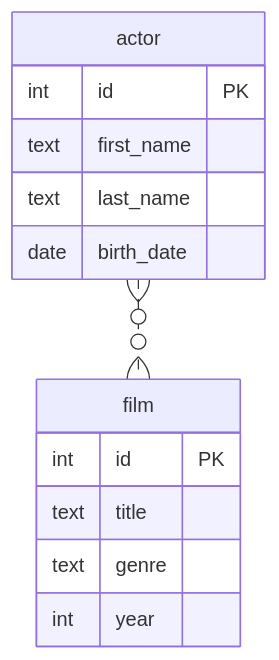
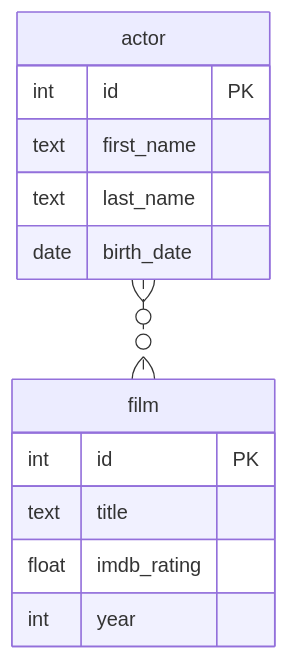
Before and after one commit to sirius-db-dev/db-docs: the diagram in docs/03.postgresql/01.relations/03.many_to_many.md, drawn with Mermaid. The commit also changed other lines of this file, not shown here.

````diff
--- a/docs/03.postgresql/01.relations/03.many_to_many.md
+++ b/docs/03.postgresql/01.relations/03.many_to_many.md
@@ -19,16 +19,16 @@
 ```mermaid
 erDiagram
     actor {
         int id PK
         text first_name
         text last_name
         date birth_date
     }
     film {
         int id PK
         text title
-        text genre
+        float imdb_rating
         int year
     }
     actor }o..o{ film : ""
 ```
````
